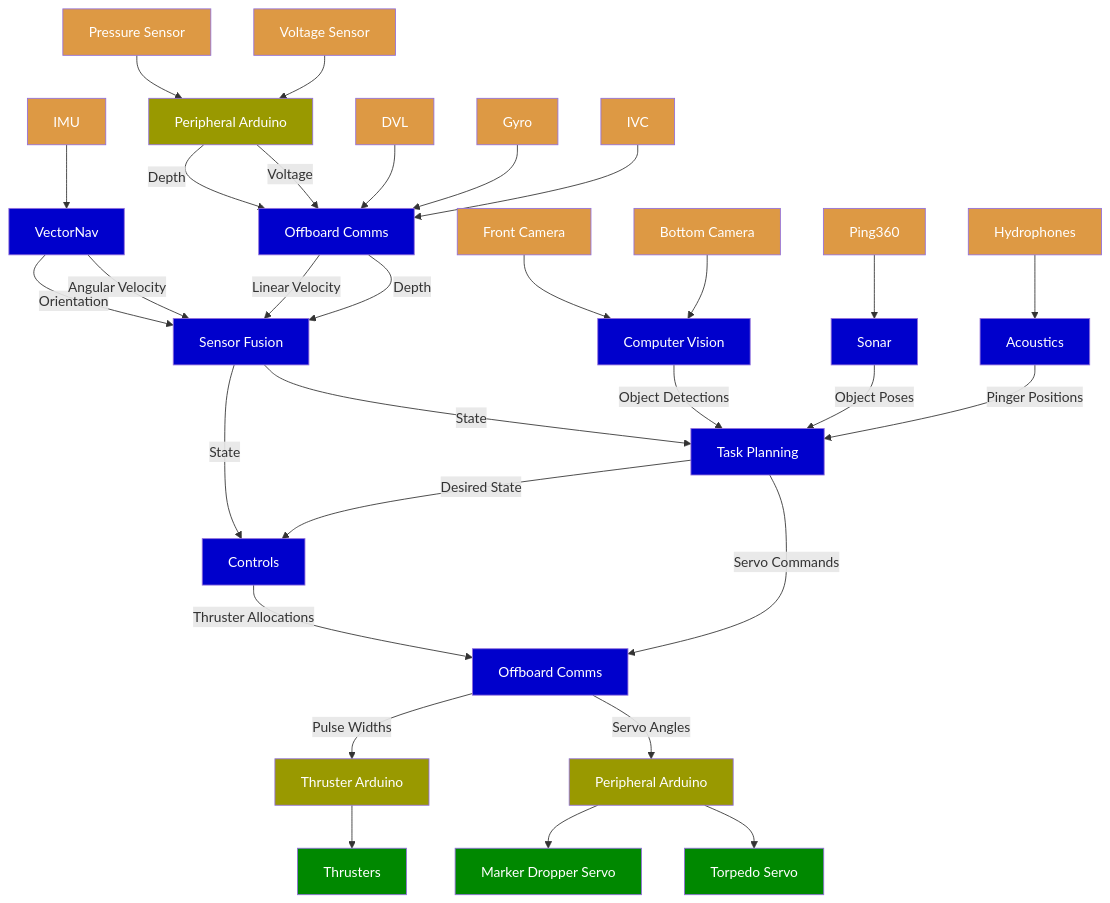
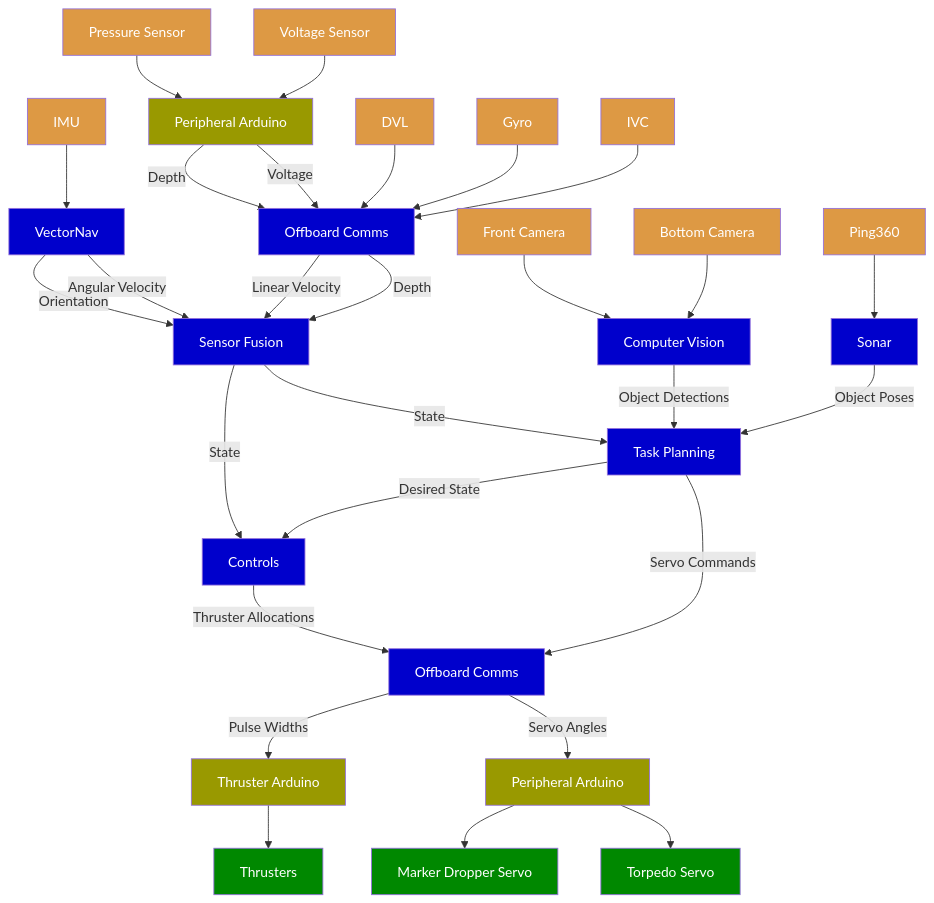
Before and after one commit to DukeRobotics/robosub-ros2: the first of 2 diagrams in README.md, drawn with Mermaid. The commit also changed 32 other files, not shown here.

````diff
--- a/README.md
+++ b/README.md
@@ -17,45 +17,42 @@
 ```mermaid
 flowchart TD
     IMU:::sensor --> VectorNav:::package
     VectorNav --> |Orientation| SensorFusion[Sensor Fusion]:::package
     VectorNav --> |Angular Velocity| SensorFusion
 
     PressureSensor[Pressure Sensor]:::sensor --> PeripheralArduinoIn[Peripheral Arduino]:::intermediateHardware
     Voltage[Voltage Sensor]:::sensor --> PeripheralArduinoIn
 
     DVL:::sensor --> OffboardCommsIn[Offboard Comms]:::package
     Gyro:::sensor --> OffboardCommsIn[Offboard Comms]:::package
     IVC:::sensor --> OffboardCommsIn[Offboard Comms]:::package
     PeripheralArduinoIn --> |Depth| OffboardCommsIn
     PeripheralArduinoIn --> |Voltage| OffboardCommsIn
 
     OffboardCommsIn --> |Linear Velocity| SensorFusion
     OffboardCommsIn --> |Depth| SensorFusion
 
     FrontCamera[Front Camera]:::sensor --> CV[Computer Vision]:::package
     BottomCamera[Bottom Camera]:::sensor --> CV
 
     SensorFusion --> |State| Controls:::package
     SensorFusion --> |State| TaskPlanning[Task Planning]:::package
     CV --> |Object Detections| TaskPlanning
     Ping360:::sensor --> Sonar:::package
     Sonar --> |Object Poses| TaskPlanning
 
-    Hydrophones:::sensor --> Acoustics:::package
-    Acoustics --> |Pinger Positions| TaskPlanning
-
     TaskPlanning --> |Desired State| Controls
     TaskPlanning --> |Servo Commands| OffboardCommsOut[Offboard Comms]:::package
     Controls --> |Thruster Allocations| OffboardCommsOut
     OffboardCommsOut --> |Pulse Widths| ThrusterArduino[Thruster Arduino]:::intermediateHardware
     OffboardCommsOut --> |Servo Angles| PeripheralArduinoOut[Peripheral Arduino]:::intermediateHardware
     ThrusterArduino --> Thrusters:::outputs
 
     PeripheralArduinoOut --> MarkerDropperServo[Marker Dropper Servo]:::outputs
     PeripheralArduinoOut --> TorpedoServo[Torpedo Servo]:::outputs
 
     classDef sensor fill:#d94, color:#fff
     classDef package fill:#00c, color:#fff
     classDef outputs fill:#080, color:#fff
     classDef intermediateHardware fill:#990, color:#fff
 ```
````
